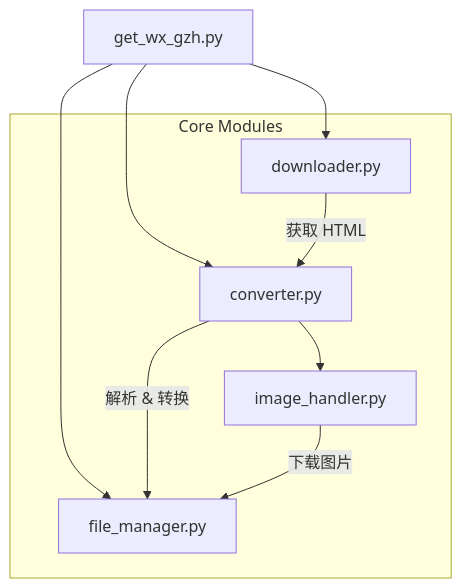
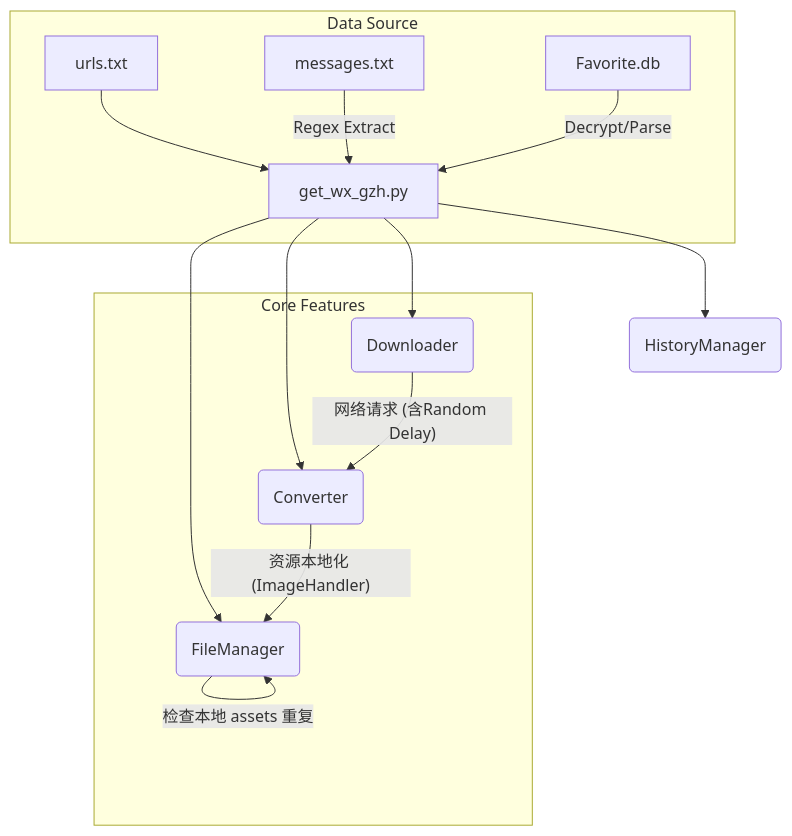
Before and after one commit to gzxmren/wechat_gzh_downloader: the diagram in ARCHITECTURE.md, drawn with Mermaid. The commit also changed other lines of this file and 254 other files, not shown here.

````diff
--- a/ARCHITECTURE.md
+++ b/ARCHITECTURE.md
@@ -16,13 +7,19 @@
 ```mermaid
 graph TD
-    A[get_wx_gzh.py] --> B(Downloader);
-    A --> C(Converter);
-    A --> D(FileManager);
-    C --> E(ImageHandler);
+    A[get_wx_gzh.py] --> B(Downloader)
+    A --> C(Converter)
+    A --> D(FileManager)
+    A --> E(HistoryManager)
     
-    subgraph Core Modules
-    B[downloader.py] -- 获取 HTML --> C;
-    C[converter.py] -- 解析 & 转换 --> D;
-    E[image_handler.py] -- 下载图片 --> D[file_manager.py];
+    subgraph Core Features
+    B -- 网络请求 (含Random Delay) --> C
+    C -- 资源本地化 (ImageHandler) --> D
+    D -- 检查本地 assets 重复 --> D
+    end
+    
+    subgraph Data Source
+    F[urls.txt] --> A
+    G[messages.txt] -- Regex Extract --> A
+    H[Favorite.db] -- Decrypt/Parse --> A
     end
 ```
````
